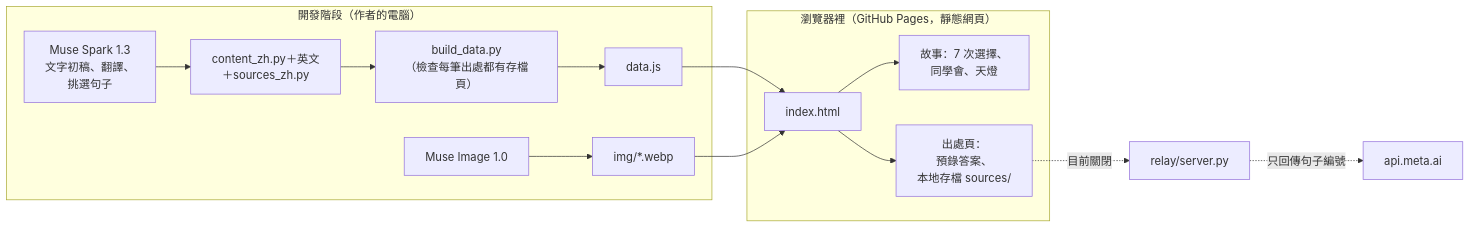
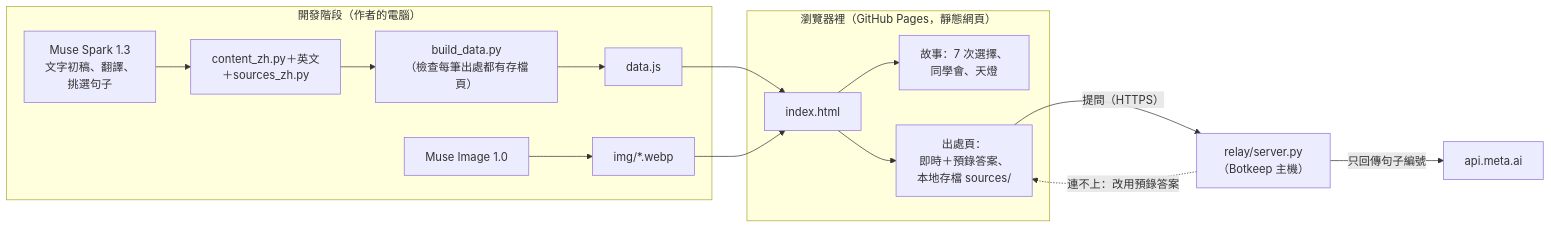
The diagram in README.zh-TW.md (lavenhill/baby-bust), drawn with Mermaid before and after one commit. The commit also changed other lines of this file, not shown here.

````diff
--- a/README.zh-TW.md
+++ b/README.zh-TW.md
@@ -48,17 +48,18 @@
 ```mermaid
 flowchart LR
   subgraph build["開發階段（作者的電腦）"]
     spark["Muse Spark 1.3<br/>文字初稿、翻譯、<br/>挑選句子"] --> content["content_zh.py＋英文<br/>＋sources_zh.py"]
     content --> bd["build_data.py<br/>（檢查每筆出處都有存檔頁）"]
     bd --> data["data.js"]
     image["Muse Image 1.0"] --> img["img/*.webp"]
   end
   subgraph web["瀏覽器裡（GitHub Pages，靜態網頁）"]
     page["index.html"] --> game["故事：7 次選擇、<br/>同學會、天燈"]
-    page --> src["出處頁：<br/>預錄答案、<br/>本地存檔 sources/"]
+    page --> src["出處頁：<br/>即時＋預錄答案、<br/>本地存檔 sources/"]
   end
   data --> page
   img --> page
-  src -.->|目前關閉| relay["relay/server.py"]
-  relay -.->|只回傳句子編號| meta["api.meta.ai"]
+  src -->|"提問（HTTPS）"| relay["relay/server.py<br/>（Botkeep 主機）"]
+  relay -->|"只回傳句子編號"| meta["api.meta.ai"]
+  relay -.->|"連不上：改用預錄答案"| src
 ```
````
